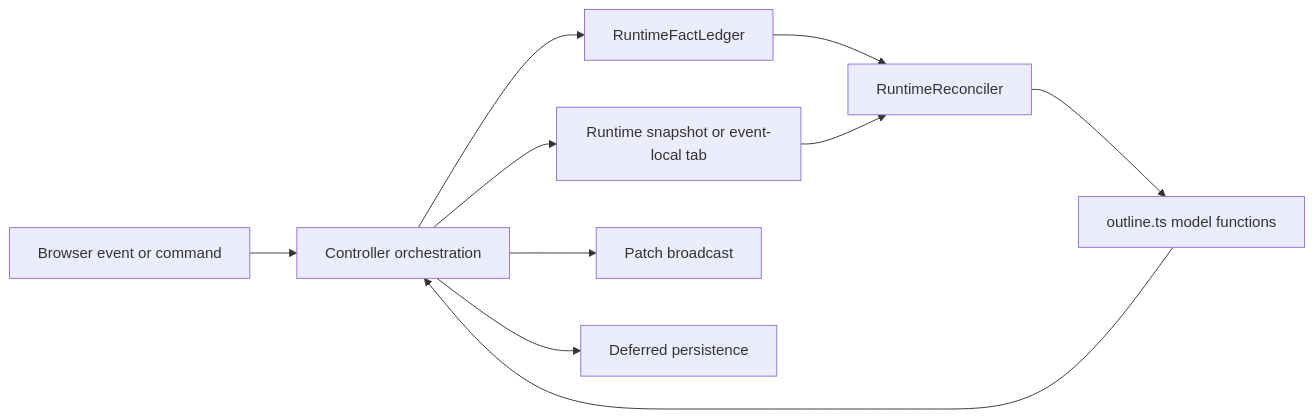
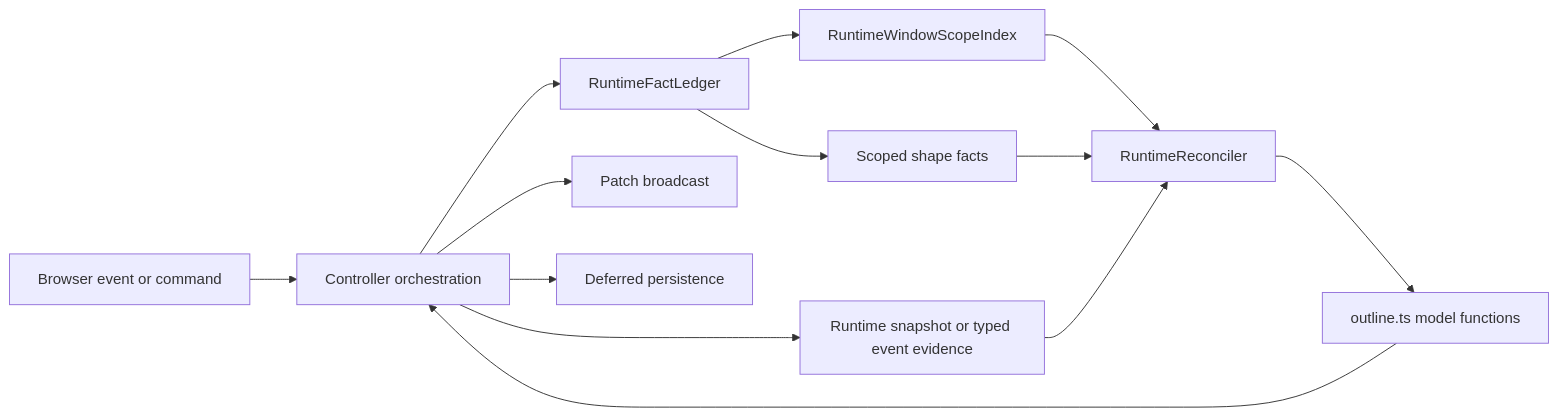
Before and after one commit to sarkologist/tabs-outliner-firefox: the second of 2 diagrams in ARCHITECTURE.md, drawn with Mermaid. The commit also changed other lines of this file, not shown here.

First line of the commit message:
docs: update runtime reconciliation architecture

````diff
--- a/ARCHITECTURE.md
+++ b/ARCHITECTURE.md
@@ -130,12 +130,15 @@
 ```mermaid
 flowchart LR
   Event["Browser event or command"] --> Controller["Controller orchestration"]
   Controller --> Ledger["RuntimeFactLedger"]
-  Controller --> Snapshot["Runtime snapshot or event-local tab"]
-  Ledger --> Reconciler["RuntimeReconciler"]
-  Snapshot --> Reconciler
+  Controller --> Evidence["Runtime snapshot or typed event evidence"]
+  Ledger --> Scope["RuntimeWindowScopeIndex"]
+  Ledger --> Shape["Scoped shape facts"]
+  Scope --> Reconciler["RuntimeReconciler"]
+  Shape --> Reconciler
+  Evidence --> Reconciler
   Reconciler --> Model["outline.ts model functions"]
   Model --> Controller
   Controller --> Sidebar["Patch broadcast"]
   Controller --> Storage["Deferred persistence"]
 ```
````
